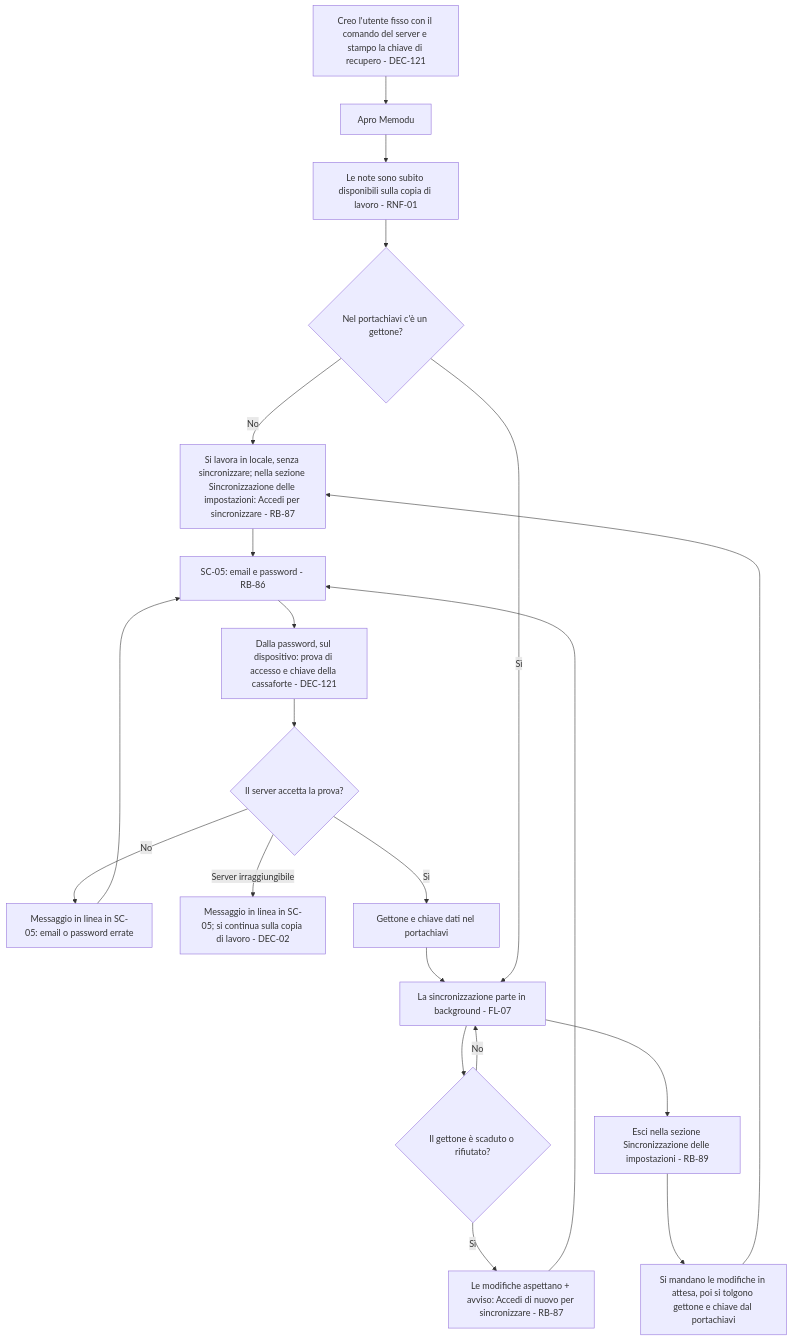
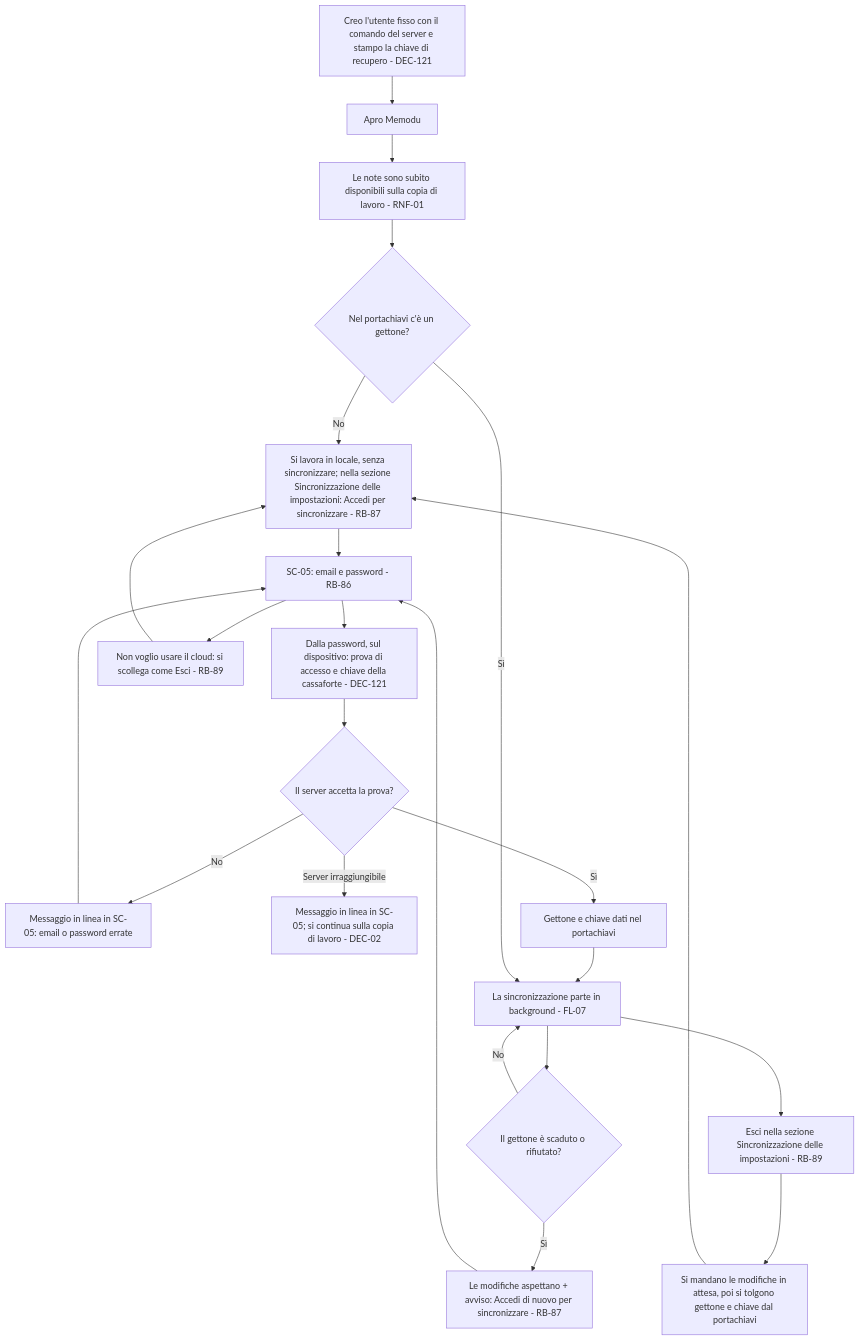
Before and after one commit to Helmutsti/MemoDu: the second of 2 diagrams in docs/moduli/sincronizzazione/2-flussi.md, drawn with Mermaid. The commit also changed other lines of this file and 11 other files, not shown here.

````diff
--- a/docs/moduli/sincronizzazione/2-flussi.md
+++ b/docs/moduli/sincronizzazione/2-flussi.md
@@ -67,23 +67,25 @@
 ```mermaid
 flowchart TD
     A[Creo l'utente fisso con il comando del server e stampo la chiave di recupero - DEC-121] --> C[Apro Memodu]
     C --> D[Le note sono subito disponibili sulla copia di lavoro - RNF-01]
     D --> M{Nel portachiavi c'è un gettone?}
     M -- No --> L[Si lavora in locale, senza sincronizzare; nella sezione Sincronizzazione delle impostazioni: Accedi per sincronizzare - RB-87]
     L --> S[SC-05: email e password - RB-86]
     S --> P[Dalla password, sul dispositivo: prova di accesso e chiave della cassaforte - DEC-121]
+    S --> N[Non voglio usare il cloud: si scollega come Esci - RB-89]
+    N --> L
     P --> E{Il server accetta la prova?}
     E -- No --> X[Messaggio in linea in SC-05: email o password errate]
     X --> S
     E -- Server irraggiungibile --> R[Messaggio in linea in SC-05; si continua sulla copia di lavoro - DEC-02]
     E -- Sì --> K[Gettone e chiave dati nel portachiavi]
     K --> F[La sincronizzazione parte in background - FL-07]
     M -- Sì --> F
     F --> T{Il gettone è scaduto o rifiutato?}
     T -- No --> F
     T -- Sì --> V[Le modifiche aspettano + avviso: Accedi di nuovo per sincronizzare - RB-87]
     V --> S
     F --> U[Esci nella sezione Sincronizzazione delle impostazioni - RB-89]
     U --> W[Si mandano le modifiche in attesa, poi si tolgono gettone e chiave dal portachiavi]
     W --> L
 ```
````
